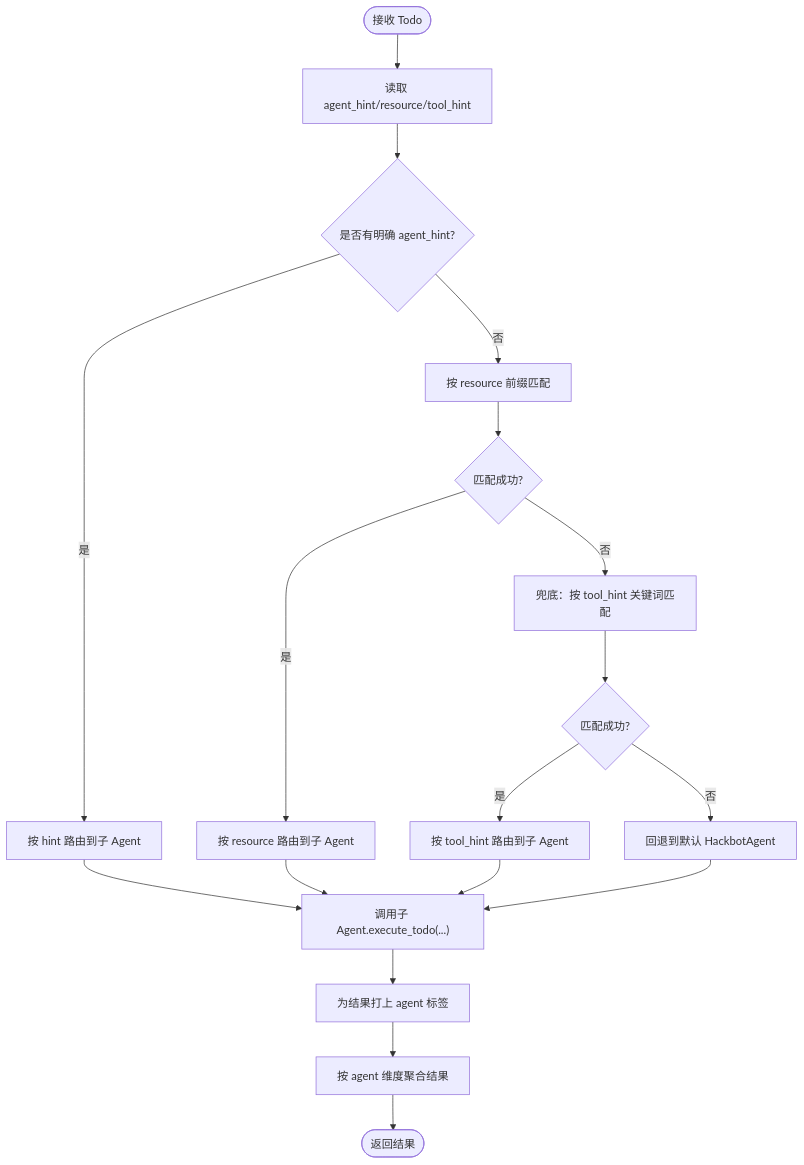
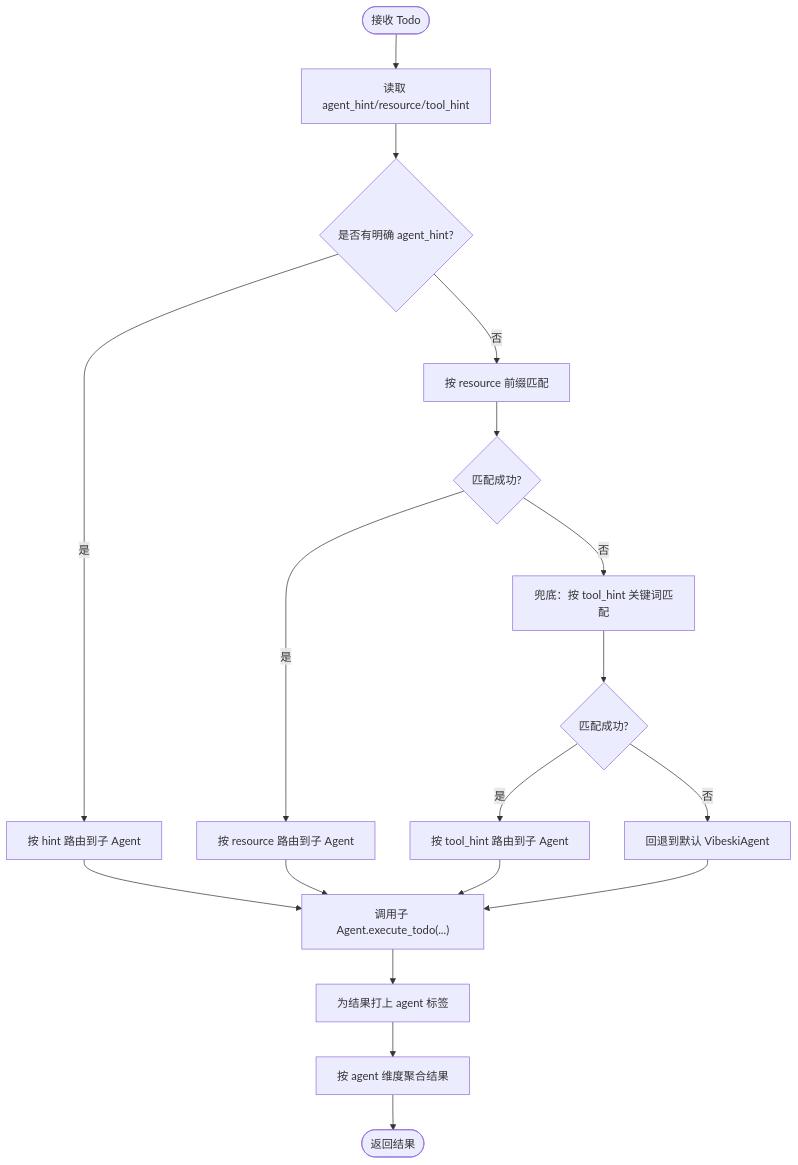
Before and after one commit to crabin/VIBESKI: the third of 6 diagrams in .qoder/repowiki/zh/content/智能体系统/协调者智能体.md, drawn with Mermaid. The commit also changed other lines of this file and 170 other files, not shown here.

Commit message:
chore: rename all secbot/hackbot identifiers to vibeski

````diff
--- a/.qoder/repowiki/zh/content/智能体系统/协调者智能体.md
+++ b/.qoder/repowiki/zh/content/智能体系统/协调者智能体.md
@@ -161,20 +161,20 @@
 ```mermaid
 flowchart TD
 Start(["接收 Todo"]) --> CheckHint["读取 agent_hint/resource/tool_hint"]
 CheckHint --> Priority{"是否有明确 agent_hint?"}
 Priority --> |是| RouteByHint["按 hint 路由到子 Agent"]
 Priority --> |否| CheckResource["按 resource 前缀匹配"]
 CheckResource --> ResourceMatch{"匹配成功?"}
 ResourceMatch --> |是| RouteByRes["按 resource 路由到子 Agent"]
 ResourceMatch --> |否| Fallback["兜底：按 tool_hint 关键词匹配"]
 Fallback --> FallbackMatch{"匹配成功?"}
 FallbackMatch --> |是| RouteByTool["按 tool_hint 路由到子 Agent"]
-FallbackMatch --> |否| FallbackToDefault["回退到默认 HackbotAgent"]
+FallbackMatch --> |否| FallbackToDefault["回退到默认 VibeskiAgent"]
 RouteByHint --> Exec["调用子 Agent.execute_todo(...)"]
 RouteByRes --> Exec
 RouteByTool --> Exec
 FallbackToDefault --> Exec
 Exec --> TagAgent["为结果打上 agent 标签"]
 TagAgent --> Aggregate["按 agent 维度聚合结果"]
 Aggregate --> End(["返回结果"])
 ```
````
